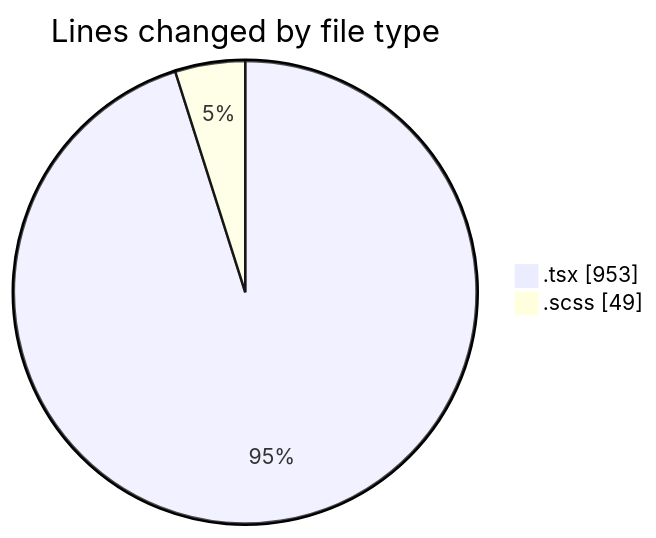
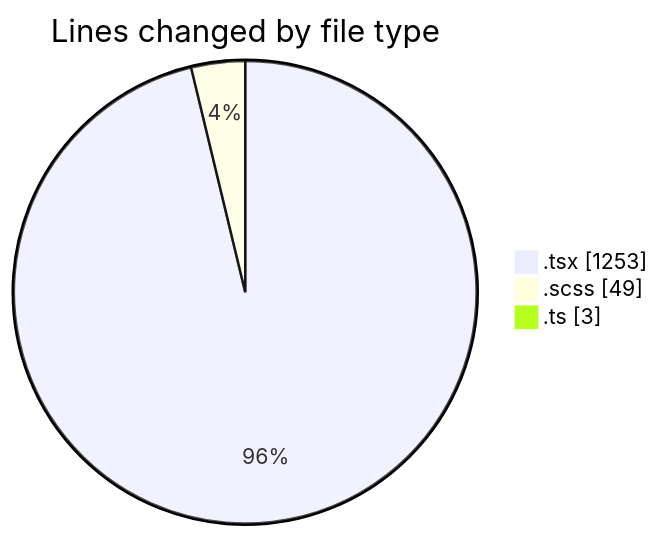
One commit to momahboobian/code-tracking changed the first of 2 diagrams in 2026-09-04/cda/README.md. Above: the diagram before and after it, drawn with Mermaid. The commit also changed other lines of this file and 1 other file, not shown here.

````diff
--- a/2026-09-04/cda/README.md
+++ b/2026-09-04/cda/README.md
@@ -28,6 +31,7 @@
 ```mermaid
 pie showData
 title Lines changed by file type
-".tsx" : 953
+".tsx" : 1253
 ".scss" : 49
+".ts" : 3
 ```
````
